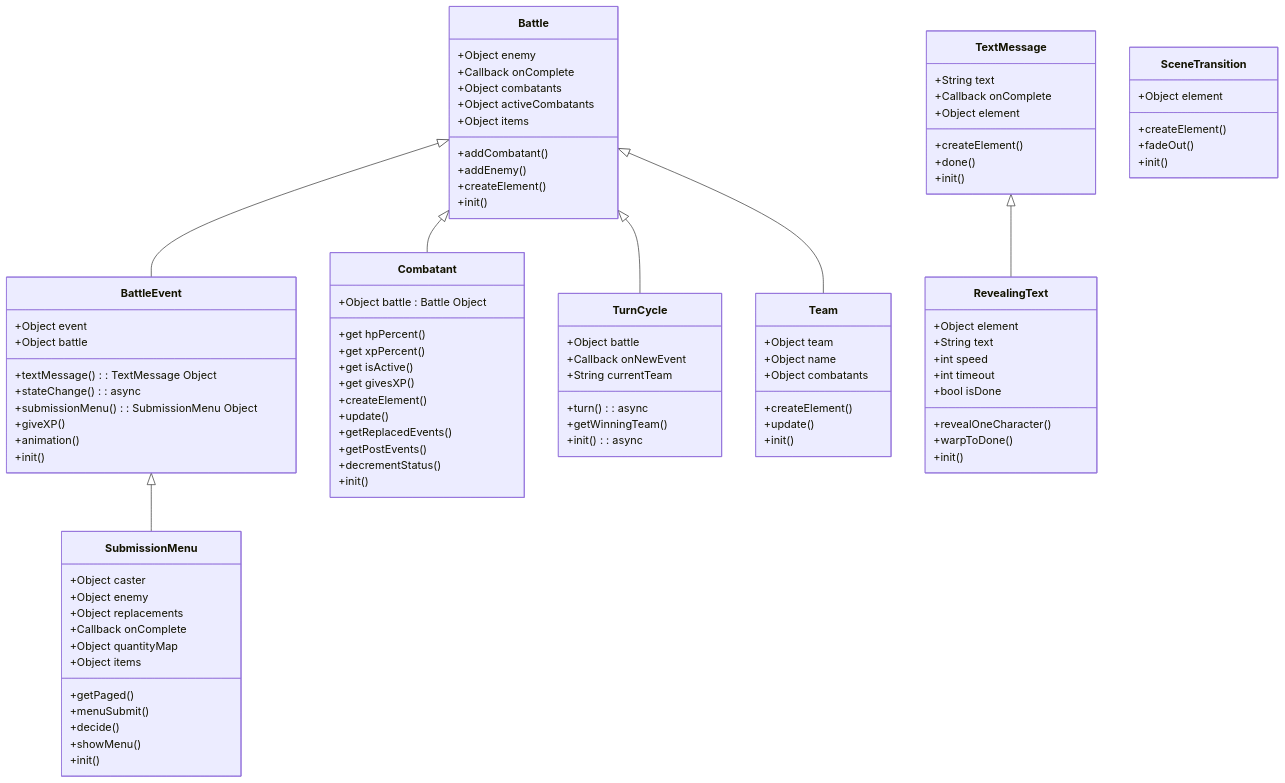
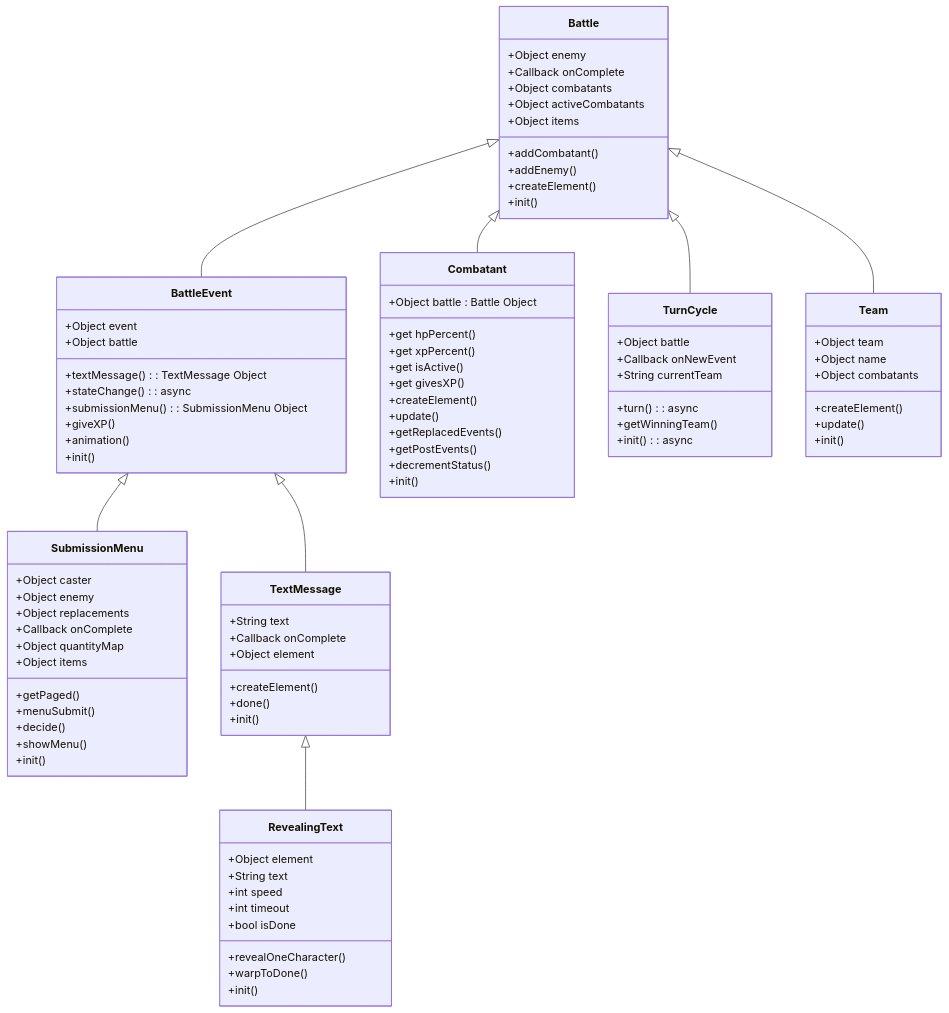
One commit to ITsPorky/land-of-zenethians-2d-rpg changed the third of 3 diagrams in README.md. Above: the diagram before and after it, drawn with Mermaid.

Commit message:
Added Battle and GameObject specific UML Diagrams

```diff
--- a/README.md
+++ b/README.md
@@ -282,6 +282,7 @@
       Battle <|-- TurnCycle
       Battle <|-- Team
       BattleEvent <|-- SubmissionMenu
+      BattleEvent <|-- TextMessage
       TextMessage <|-- RevealingText
       Battle: +Object enemy
       Battle: +Callback onComplete
@@ -354,12 +355,6 @@
         +warpToDone()
         +init()
     }
-    class SceneTransition{
-        +Object element
-        +createElement()
-        +fadeOut()
-        +init()
-    }
     class TextMessage{
         +String text
         +Callback onComplete
```
